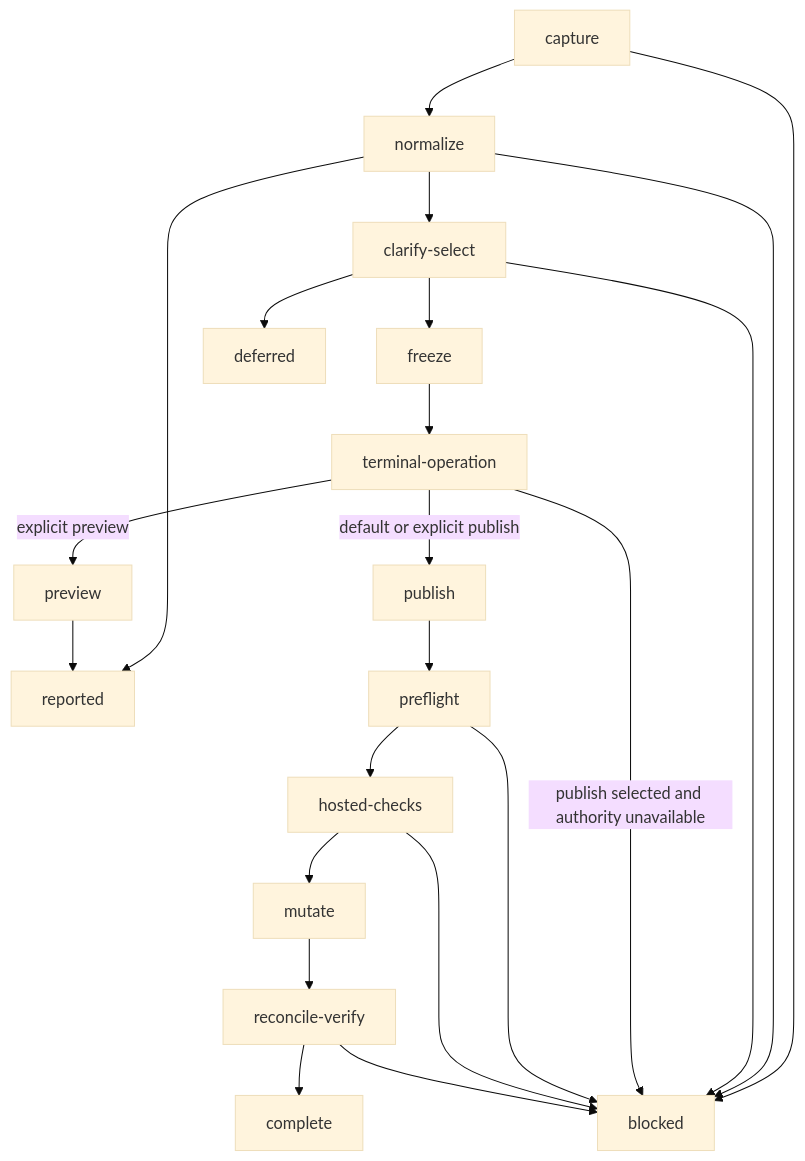
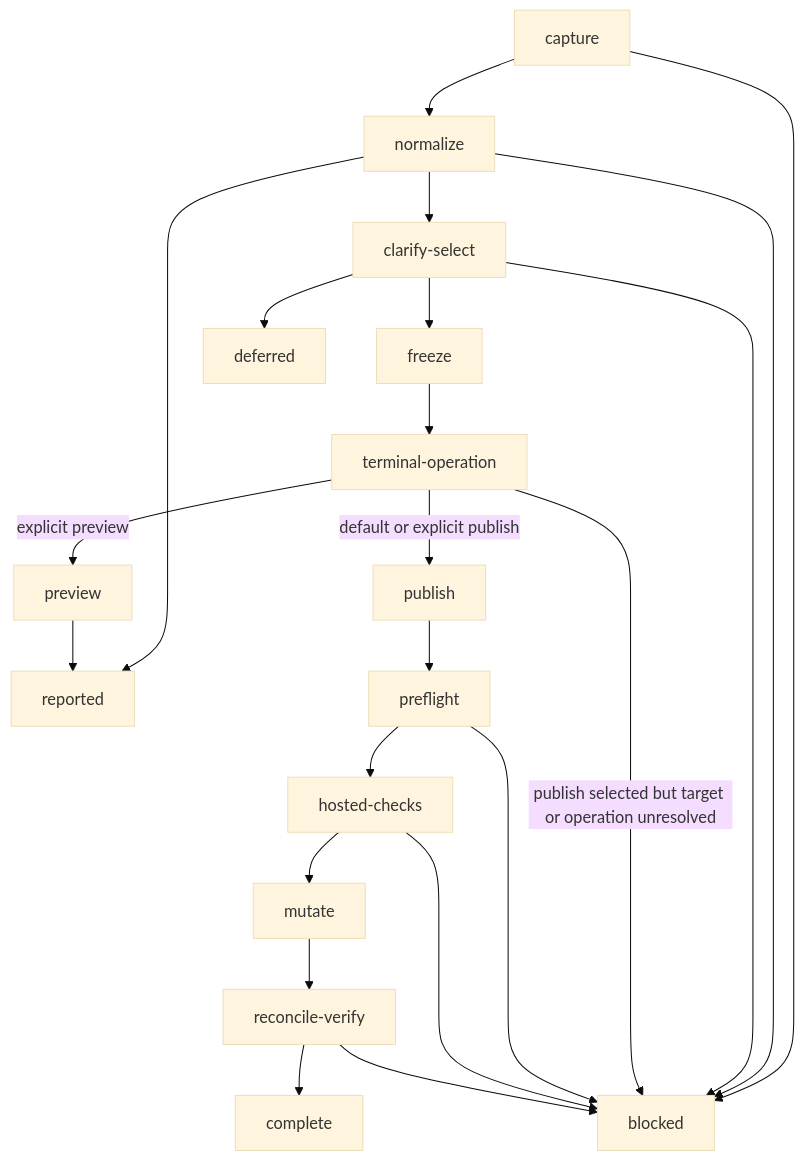
Before and after one commit to alemar11/dotagents: the diagram in plugins/se2/skills/idea/SKILL.md, drawn with Mermaid (base theme). The commit also changed other lines of this file and 13 other files, not shown here.

```diff
--- a/plugins/se2/skills/idea/SKILL.md
+++ b/plugins/se2/skills/idea/SKILL.md
@@ -53,24 +53,24 @@
 ~~~mermaid
 flowchart TD
     capture --> normalize
     capture --> blocked
     normalize --> clarify-select
     normalize --> reported
     normalize --> blocked
     clarify-select --> freeze
     clarify-select --> deferred
     clarify-select --> blocked
     freeze --> terminal-operation
     terminal-operation -->|explicit preview| preview
     terminal-operation -->|default or explicit publish| publish
-    terminal-operation -->|publish selected and authority unavailable| blocked
+    terminal-operation -->|publish selected but target or operation unresolved| blocked
     preview --> reported
     publish --> preflight
     preflight --> hosted-checks
     preflight --> blocked
     hosted-checks --> mutate
     hosted-checks --> blocked
     mutate --> reconcile-verify
     reconcile-verify --> complete
     reconcile-verify --> blocked
 ~~~
```
